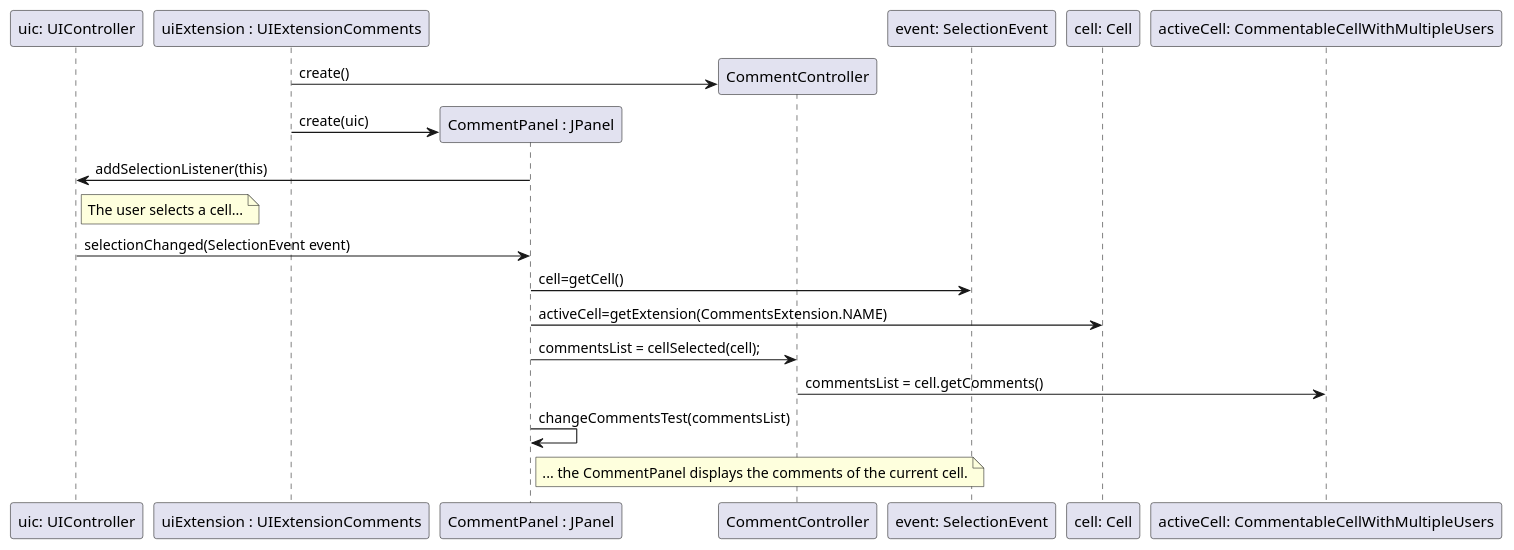
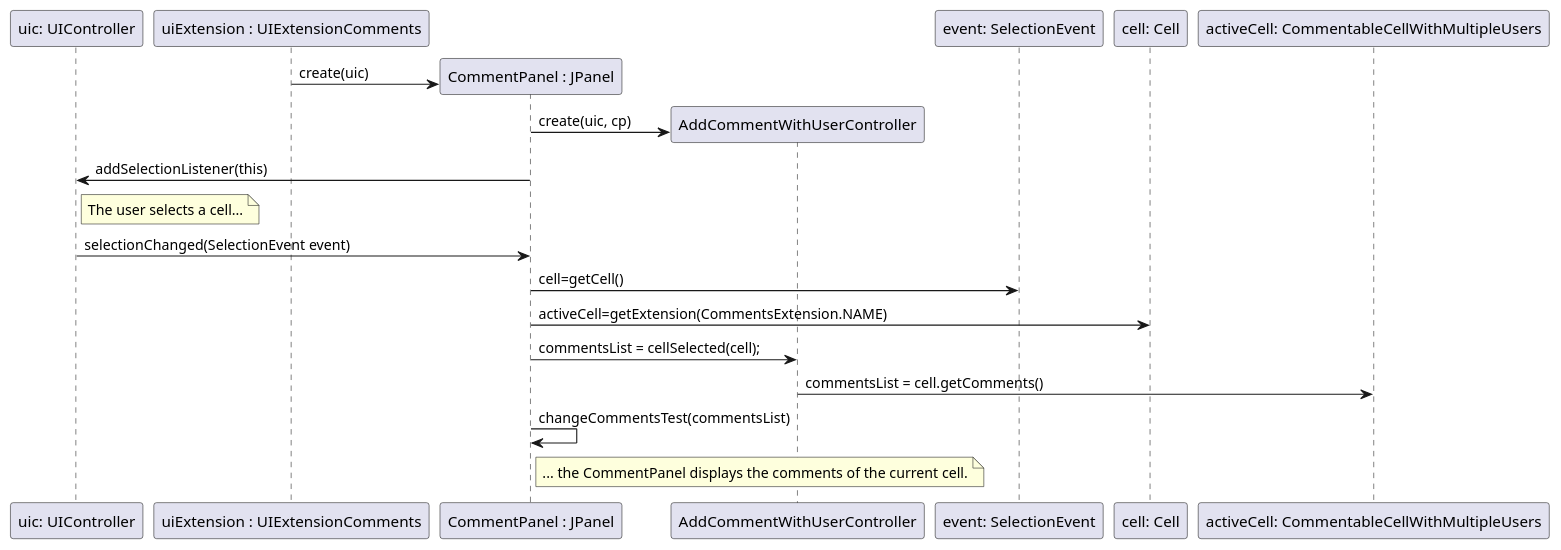
Before and after one commit to MikeTekOn/lapr4-2017-2dd: the diagram in src/main/java/lapr4/red/s1/core/n1150690/comments/core02_02_design1.puml, drawn with PlantUML. The commit also changed 5 other files, not shown here.

Commit message:
LAPR4E17DD-7 #comment created controller for this use case and made corrections in some classes

```diff
--- a/src/main/java/lapr4/red/s1/core/n1150690/comments/core02_02_design1.puml
+++ b/src/main/java/lapr4/red/s1/core/n1150690/comments/core02_02_design1.puml
@@ -1,33 +1,33 @@
 @startuml core02_01_design2.png
     participant "uic: UIController" as uic
     participant "uiExtension : UIExtensionComments" as UIExt
     participant "CommentPanel : JPanel" as cp
-    participant "CommentController" as ctrl
+    participant "AddCommentWithUserController" as ctrl
     participant "event: SelectionEvent" as event
     participant "cell: Cell" as cell
     participant "activeCell: CommentableCellWithMultipleUsers" as activeCell
 
-    create ctrl
-    UIExt -> ctrl: create()
-    
     create cp
     UIExt -> cp :  create(uic) 
+    
+    create ctrl
+    cp -> ctrl: create(uic, cp)   
     cp -> uic : addSelectionListener(this)
 
     note right of uic
         The user selects a cell...
     end note
 
     uic -> cp : selectionChanged(SelectionEvent event)
     cp -> event : cell=getCell()
     cp -> cell : activeCell=getExtension(CommentsExtension.NAME)
 
     cp -> ctrl : commentsList = cellSelected(cell);
     ctrl -> activeCell : commentsList = cell.getComments()
     cp -> cp : changeCommentsTest(commentsList)
 
     note right of cp
         ... the CommentPanel displays the comments of the current cell.
     end note
 
 @enduml
```
